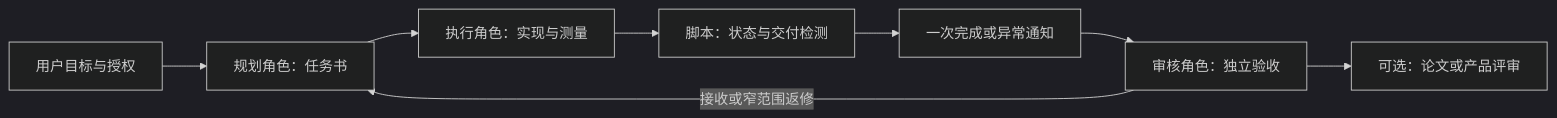
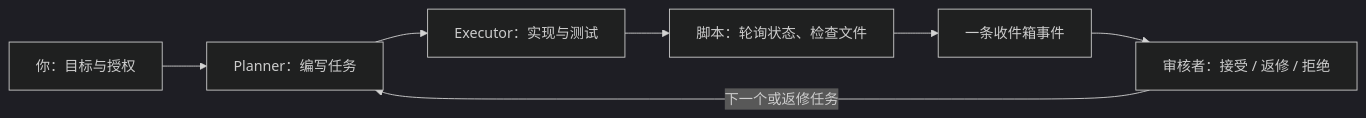
Before and after one commit to cgy0071/agent-workflow-orchestrator: the diagram in README.zh-CN.md, drawn with Mermaid (dark theme). The commit also changed other lines of this file and 1 other file, not shown here.

````diff
--- a/README.zh-CN.md
+++ b/README.zh-CN.md
@@ -50,10 +23,9 @@
 ```mermaid
 flowchart LR
-    U[用户目标与授权] --> P[规划角色：任务书]
-    P --> E[执行角色：实现与测量]
-    E --> M[脚本：状态与交付检测]
-    M --> N[一次完成或异常通知]
-    N --> R[审核角色：独立验收]
-    R -->|接收或窄范围返修| P
-    R --> L[可选：论文或产品评审]
+    U[你：目标与授权] --> P[Planner：编写任务]
+    P --> E[Executor：实现与测试]
+    E --> M[脚本：轮询状态、检查文件]
+    M --> N[一条收件箱事件]
+    N --> R[审核者：接受 / 返修 / 拒绝]
+    R -->|下一个或返修任务| P
 ```
````
